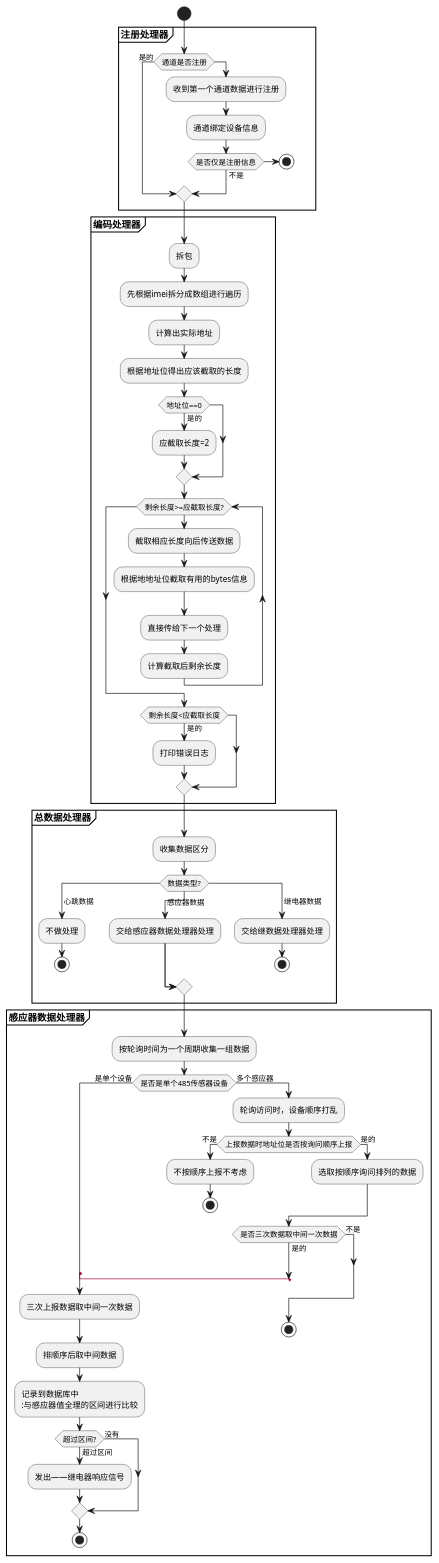
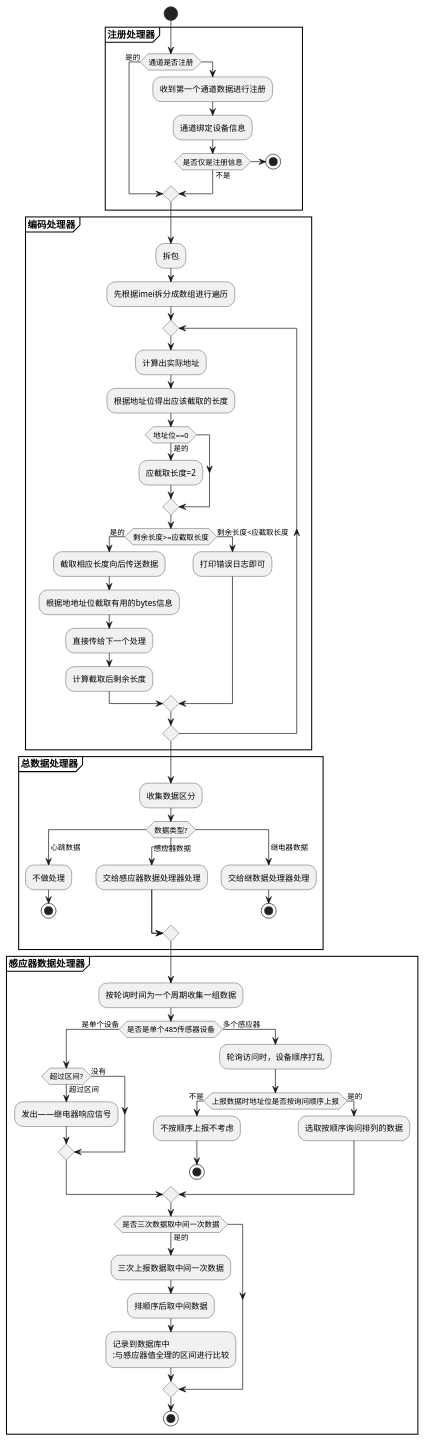
Before and after one commit to wskvfhprrk/springboot-netty: the diagram in doc/保证dtu设备数据上报准备性方案.puml, drawn with PlantUML. The commit also changed 4 other files, not shown here.

```diff
--- a/doc/保证dtu设备数据上报准备性方案.puml
+++ b/doc/保证dtu设备数据上报准备性方案.puml
@@ -1,85 +1,75 @@
 @startuml
 'https://plantuml.com/activity-diagram-beta
 
 start
 partition "**注册处理器**" {
     if(通道是否注册)then(是的)
     label next
     else
     :收到第一个通道数据进行注册;
     :通道绑定设备信息;
         if(是否仅是注册信息)then(不是)
         label next
         else
         stop
         endif
     endif
 }
 partition "**编码处理器**" {
-    :拆包;
-    :先根据imei拆分成数组进行遍历;
-    :计算出实际地址;
-    :根据地址位得出应该截取的长度;
+        :拆包;
+        :先根据imei拆分成数组进行遍历;
+    repeat
+        :计算出实际地址;
+        :根据地址位得出应该截取的长度;
     if(地址位==0)then(是的)
-    :应截取长度=2;
+        :应截取长度=2;
     endif
-    while (剩余长度>=应截取长度?)
+    if (剩余长度>=应截取长度)then(是的)
         :截取相应长度向后传送数据;
         :根据地地址位截取有用的bytes信息;
         :直接传给下一个处理;
         :计算截取后剩余长度;
-    endwhile
-    if(剩余长度<应截取长度)then(是的)
-    :打印错误日志;
+    else(剩余长度<应截取长度)
+        :打印错误日志即可;
     endif
+    repeat while
 }
 partition "**总数据处理器**" {
     :收集数据区分;
     switch (数据类型?)
     case ( 心跳数据 )
       :不做处理;
       stop
     case ( 感应器数据 )
     :交给感应器数据处理器处理;
     case ( 继电器数据 )
       :交给继数据处理器处理;
       stop
     endswitch
 }
 partition "**感应器数据处理器**" {
-        :按轮询时间为一个周期收集一组数据;
-        if (是否是单个485传感器设备) then (是单个设备)
-        label sp_lab0
-            label sp_lab1
-            label sp_lab1
-            label sp_lab1
-            label sp_lab1
-            label sp_lab1
-            label sp_lab1
-            label sp_lab1
-            label sp_lab1
+    :按轮询时间为一个周期收集一组数据;
+    if (是否是单个485传感器设备) then (是单个设备)
           label lab
+          if(超过区间?)then(没有)
+          else(超过区间)
+          :发出——继电器响应信号;
+          endif
+    else(多个感应器)
+          :轮询访问时，设备顺序打乱;
+        if(上报数据时地址位是否按询问顺序上报) then (不是)
+              :不按顺序上报不考虑;
+              stop
+              else(是的)
+              :选取按顺序询问排列的数据;
+        endif
+    endif
+          if(是否三次数据取中间一次数据)then(是的)
+           label lab
           :三次上报数据取中间一次数据;
           :排顺序后取中间数据;
           :记录到数据库中
           :与感应器值全理的区间进行比较;
-          if(超过区间?)then(没有)
-          else(超过区间)
-          :发出——继电器响应信号;
-          endif
-          stop
-        else(多个感应器)
-          :轮询访问时，设备顺序打乱;
-          if(上报数据时地址位是否按询问顺序上报) then (不是)
-          :不按顺序上报不考虑;
-          stop
-          else(是的)
-          :选取按顺序询问排列的数据;
-          endif
-          if(是否三次数据取中间一次数据)then(是的)
-          label sp_lab2
-           goto lab
-          else(不是)
           endif
           stop
 @enduml
```
